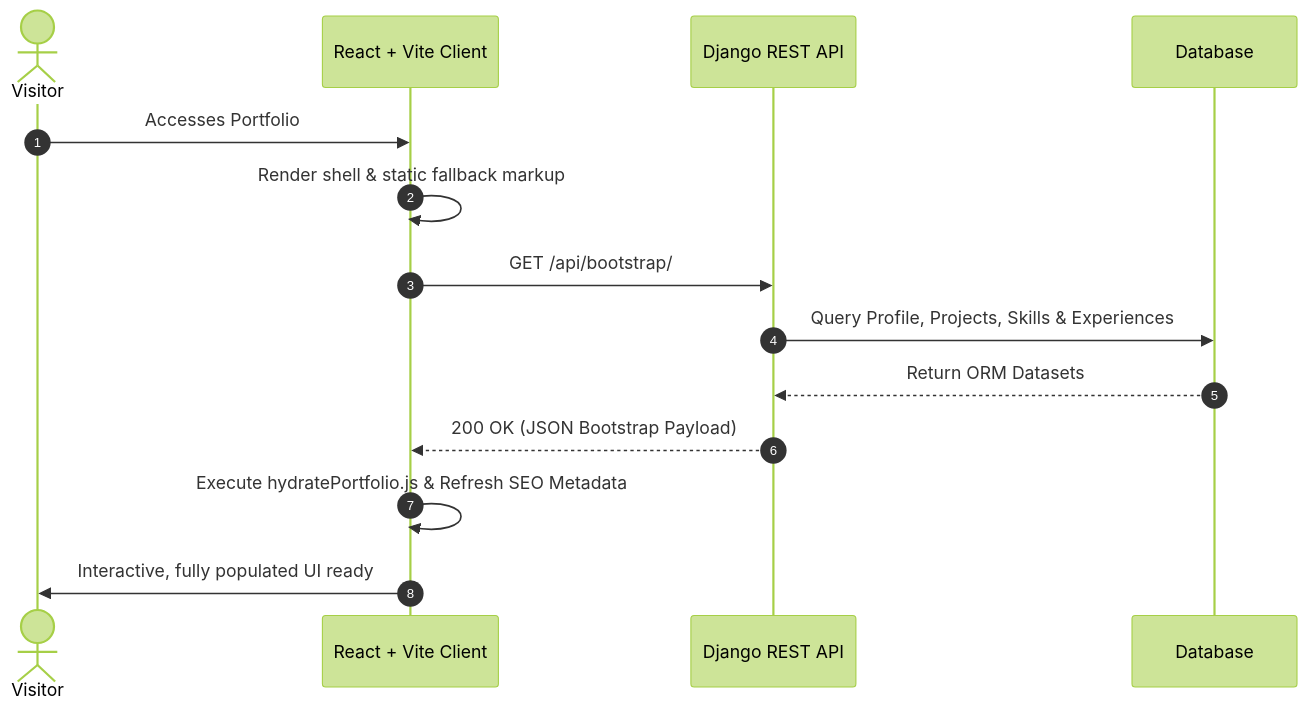
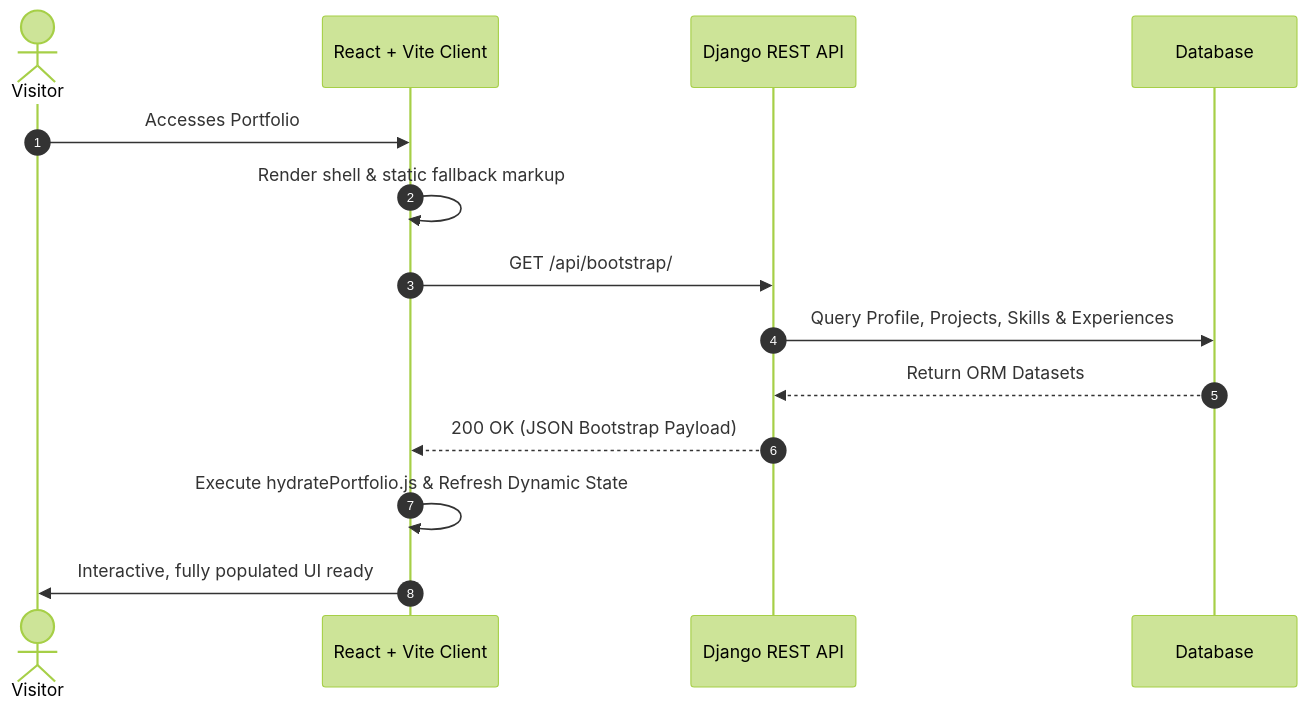
One commit to logicbyroshan/devmate-portfolio changed the second of 3 diagrams in README.md. Above: the diagram before and after it, drawn with Mermaid (forest theme). The commit also changed other lines of this file and 7 other files, not shown here.

````diff
--- a/README.md
+++ b/README.md
@@ -88,17 +83,17 @@
 ```mermaid
 sequenceDiagram
     autonumber
     actor Visitor
     participant Client as React + Vite Client
     participant API as Django REST API
     participant DB as Database
 
     Visitor->>Client: Accesses Portfolio
     Client->>Client: Render shell & static fallback markup
     Client->>API: GET /api/bootstrap/
     API->>DB: Query Profile, Projects, Skills & Experiences
     DB-->>API: Return ORM Datasets
     API-->>Client: 200 OK (JSON Bootstrap Payload)
-    Client->>Client: Execute hydratePortfolio.js & Refresh SEO Metadata
+    Client->>Client: Execute hydratePortfolio.js & Refresh Dynamic State
     Client->>Visitor: Interactive, fully populated UI ready
 ```
````
